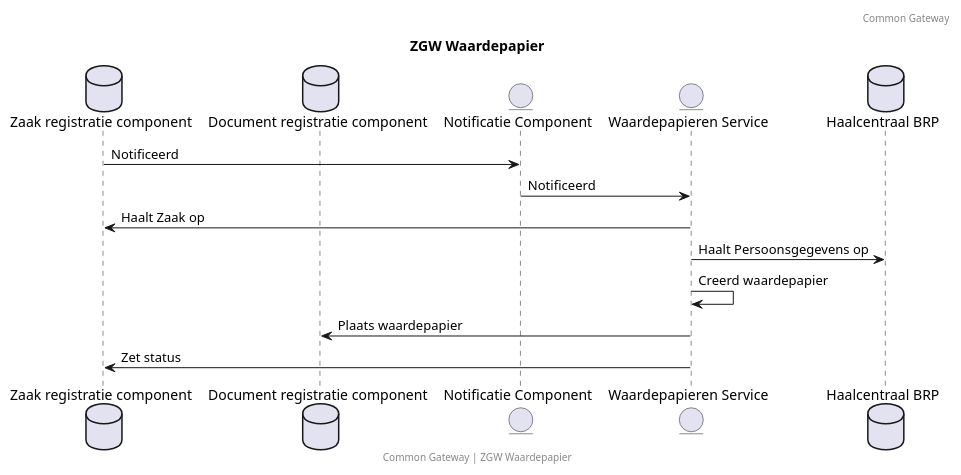
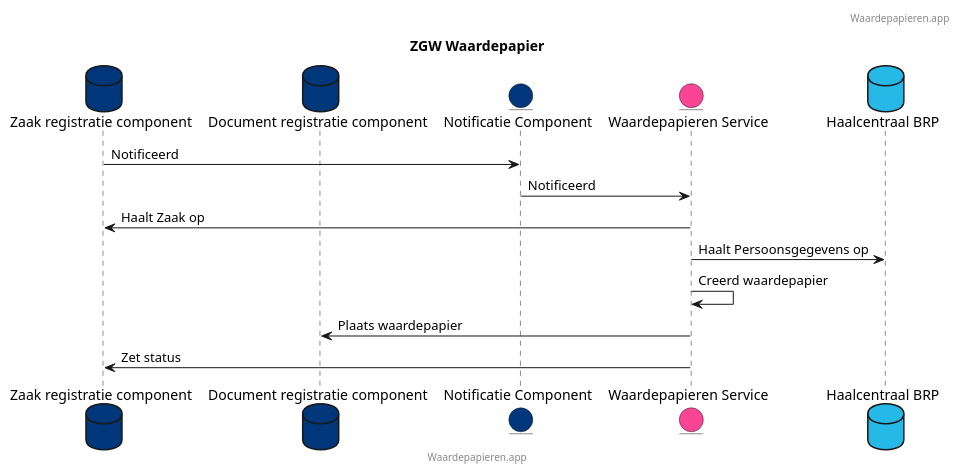
Before and after one commit to CommonGateway/WaardepapierenBundle: the diagram in docs/zgw_waardepapier_klein.puml, drawn with PlantUML. The commit also changed 8 other files, not shown here.

```diff
--- a/docs/zgw_waardepapier_klein.puml
+++ b/docs/zgw_waardepapier_klein.puml
@@ -1,20 +1,21 @@
 @startuml
 title: ZGW Waardepapier
-footer: Common Gateway | ZGW Waardepapier
-header: Common Gateway
+footer: Waardepapieren.app
+header: Waardepapieren.app
 
-database "Zaak registratie component" as ZRC
-database "Document registratie component" as DRC
-entity "Notificatie Component" as NC
-entity "Waardepapieren Service" as WP
-database "Haalcentraal BRP" as BRP
+
+database "Zaak registratie component" as ZRC #00377a
+database "Document registratie component" as DRC #00377a
+entity "Notificatie Component" as NC #00377a
+entity "Waardepapieren Service" as WP #fa4494
+database "Haalcentraal BRP" as BRP #26b8e6
 
 ZRC -> NC: Notificeerd
 NC -> WP: Notificeerd
 WP -> ZRC: Haalt Zaak op
 WP -> BRP: Haalt Persoonsgegevens op
 WP -> WP: Creerd waardepapier
 WP -> DRC: Plaats waardepapier
 WP -> ZRC: Zet status
 
 @enduml
```
